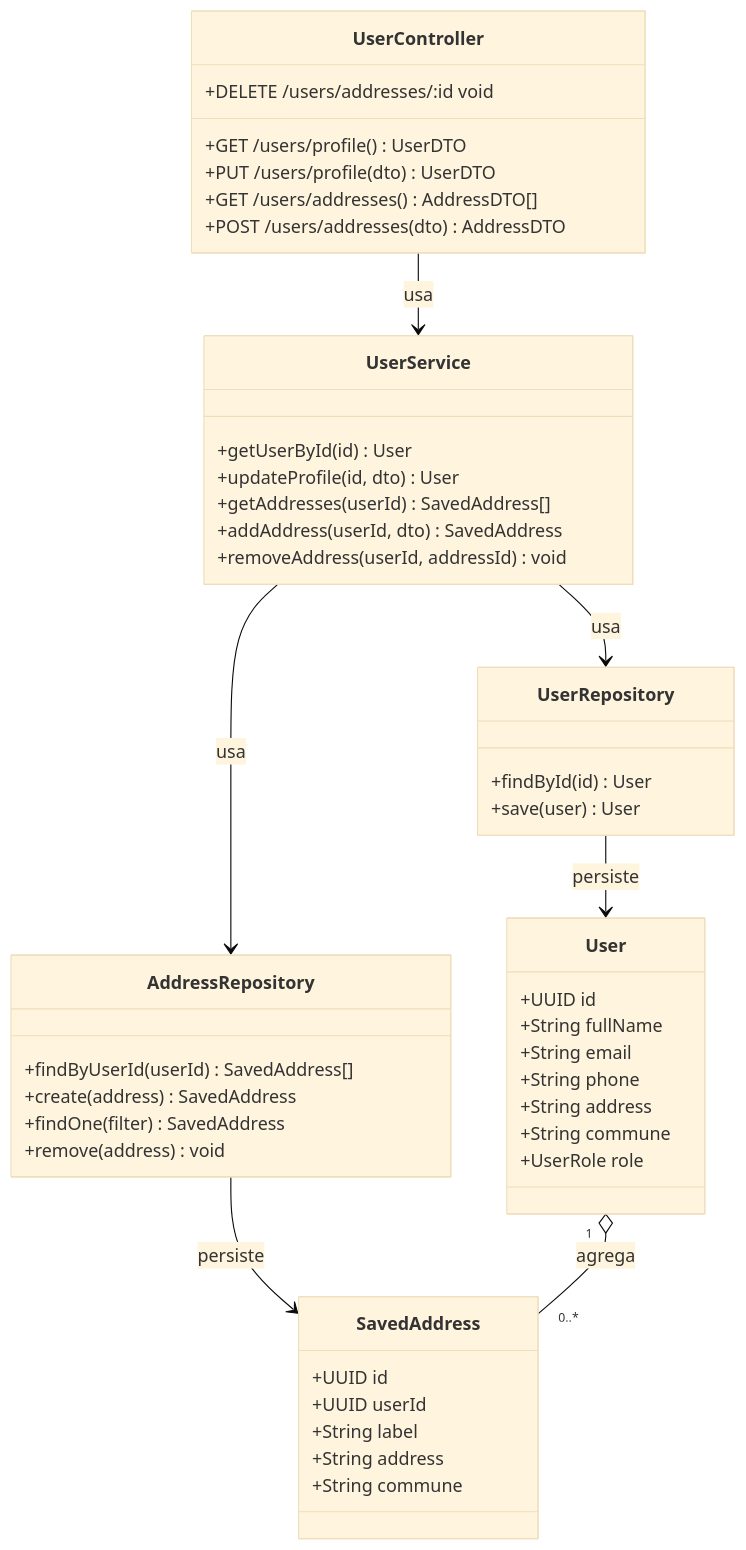
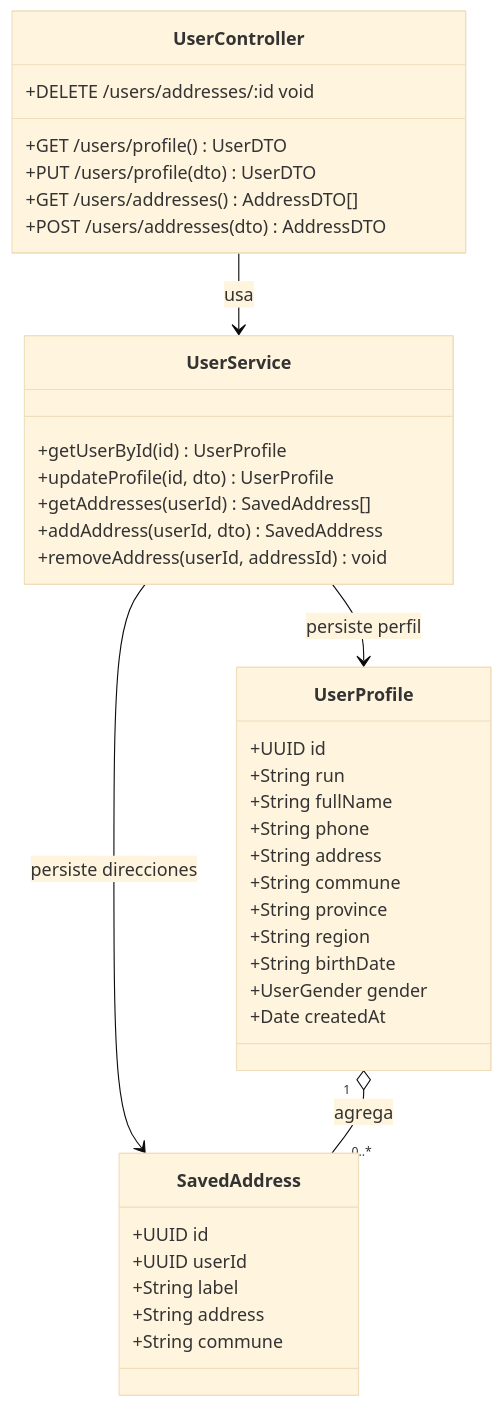
The fifth of 12 diagrams in BackEnd-Arquitectura.md (holyusm/INF-301-WWW), drawn with Mermaid (base theme) before and after one commit. The commit also changed other lines of this file and 8 other files, not shown here.

````diff
--- a/BackEnd-Arquitectura.md
+++ b/BackEnd-Arquitectura.md
@@ -378,55 +853,45 @@
 ```mermaid
 classDiagram
     class UserController {
         +GET /users/profile() UserDTO
         +PUT /users/profile(dto) UserDTO
         +GET /users/addresses() AddressDTO[]
         +POST /users/addresses(dto) AddressDTO
         +DELETE /users/addresses/:id void
     }
 
     class UserService {
-        +getUserById(id) User
-        +updateProfile(id, dto) User
+        +getUserById(id) UserProfile
+        +updateProfile(id, dto) UserProfile
         +getAddresses(userId) SavedAddress[]
         +addAddress(userId, dto) SavedAddress
         +removeAddress(userId, addressId) void
     }
 
-    class UserRepository {
-        +findById(id) User
-        +save(user) User
-    }
-
-    class AddressRepository {
-        +findByUserId(userId) SavedAddress[]
-        +create(address) SavedAddress
-        +findOne(filter) SavedAddress
-        +remove(address) void
-    }
-
-    class User {
+    class UserProfile {
         +UUID id
+        +String run
         +String fullName
-        +String email
         +String phone
         +String address
         +String commune
-        +UserRole role
+        +String province
+        +String region
+        +String birthDate
+        +UserGender gender
+        +Date createdAt
     }
 
     class SavedAddress {
         +UUID id
         +UUID userId
         +String label
         +String address
         +String commune
     }
 
     UserController --> UserService : usa
-    UserService --> UserRepository : usa
-    UserService --> AddressRepository : usa
-    UserRepository --> User : persiste
-    AddressRepository --> SavedAddress : persiste
-    User "1" o-- "0..*" SavedAddress : agrega
+    UserService --> UserProfile : persiste perfil
+    UserService --> SavedAddress : persiste direcciones
+    UserProfile "1" o-- "0..*" SavedAddress : agrega
 ```
````
